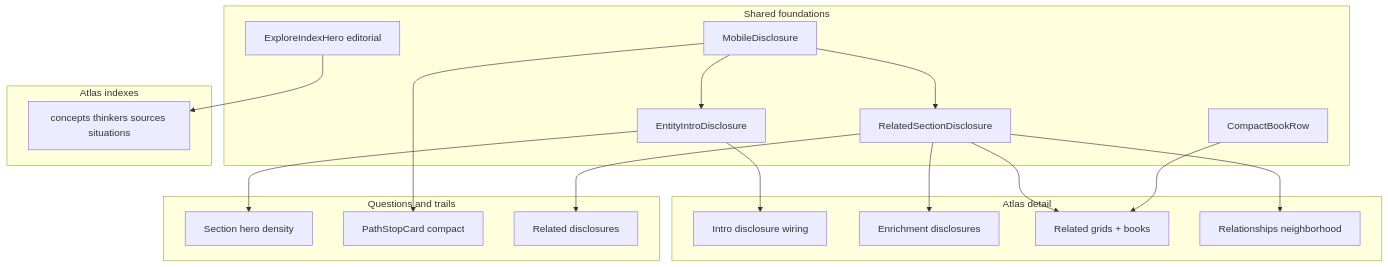
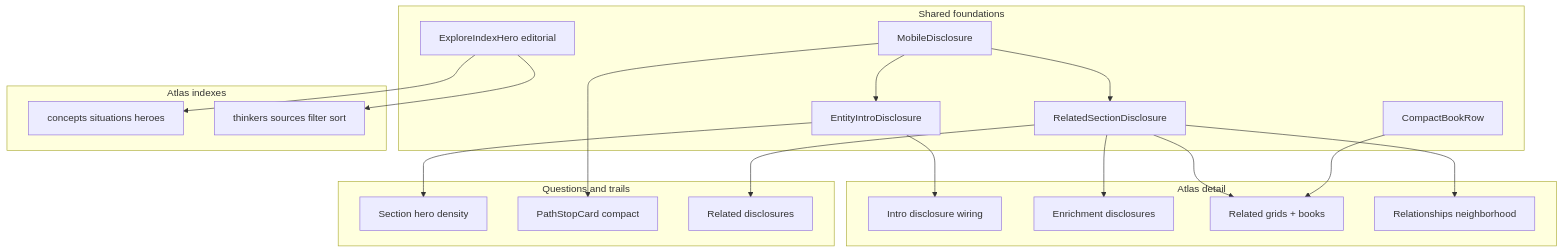
One commit to After-Certainty/after-certainty changed the first of 2 diagrams in apps/site/docs/roadmaps/explore-discovery-mobile-redesign.md. Above: the diagram before and after it, drawn with Mermaid. The commit also changed other lines of this file and 2 other files, not shown here.

First line of the commit message:
Add Phase 1b thinkers/sources filter+sort to discovery roadmap

````diff
--- a/apps/site/docs/roadmaps/explore-discovery-mobile-redesign.md
+++ b/apps/site/docs/roadmaps/explore-discovery-mobile-redesign.md
@@ -253,35 +270,37 @@
 ```mermaid
 flowchart TB
   subgraph shared [Shared foundations]
     MobileDisclosure[MobileDisclosure]
     EntityIntro[EntityIntroDisclosure]
     RelatedDisc[RelatedSectionDisclosure]
     CompactBookRow[CompactBookRow]
     EditorialHero[ExploreIndexHero editorial]
   end
   subgraph atlasIndex [Atlas indexes]
-    ConceptsIndex[concepts thinkers sources situations]
+    ConceptsIndex[concepts situations heroes]
+    CatalogControls[thinkers sources filter sort]
   end
   subgraph atlasDetail [Atlas detail]
     IntroWire[Intro disclosure wiring]
     EnrichCollapse[Enrichment disclosures]
     RelatedWire[Related grids + books]
     GraphCollapse[Relationships neighborhood]
   end
   subgraph paths [Questions and trails]
     PathHero[Section hero density]
     PathStop[PathStopCard compact]
     PathRelated[Related disclosures]
   end
   EditorialHero --> ConceptsIndex
+  EditorialHero --> CatalogControls
   EntityIntro --> IntroWire
   EntityIntro --> PathHero
   RelatedDisc --> EnrichCollapse
   RelatedDisc --> RelatedWire
   RelatedDisc --> GraphCollapse
   RelatedDisc --> PathRelated
   CompactBookRow --> RelatedWire
   MobileDisclosure --> EntityIntro
   MobileDisclosure --> RelatedDisc
   MobileDisclosure --> PathStop
 ```
````
